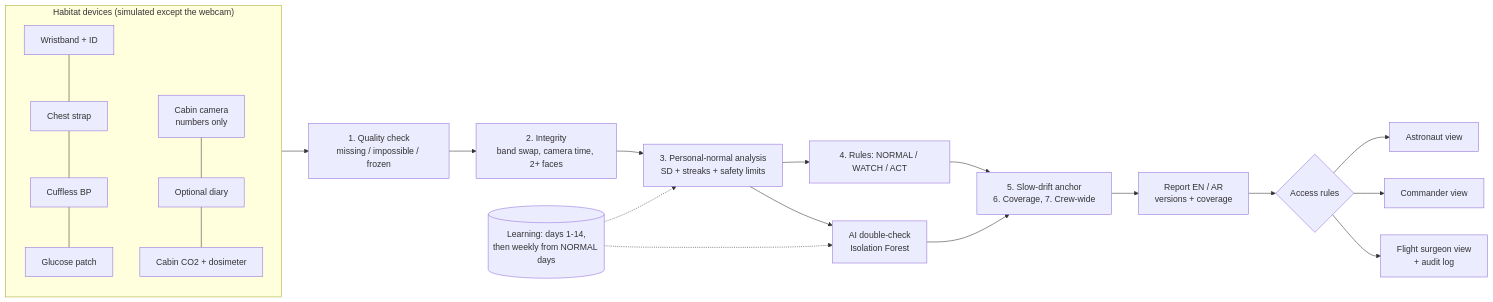
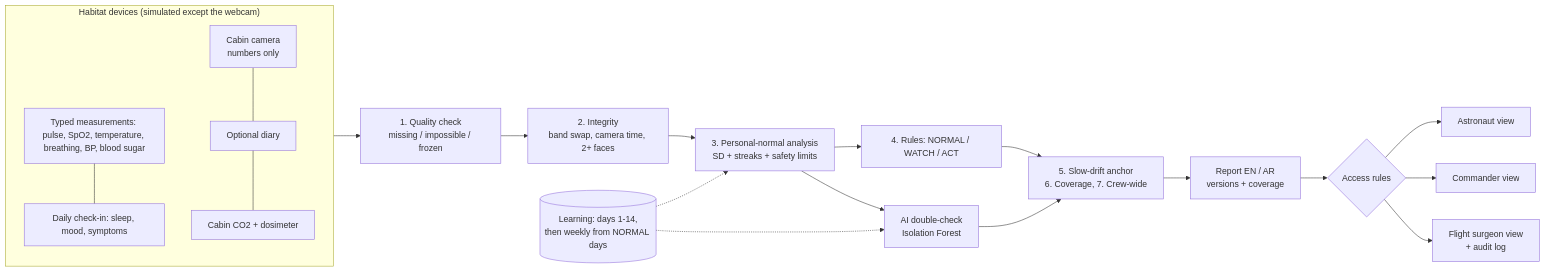
Before and after one commit to elmoataseembellahahmed-wq/smart-habitat-health-monitor: the diagram in docs/ARCHITECTURE.md, drawn with Mermaid. The commit also changed 37 other files, not shown here.

````diff
--- a/docs/ARCHITECTURE.md
+++ b/docs/ARCHITECTURE.md
@@ -3,21 +3,21 @@
 ```mermaid
 flowchart LR
   subgraph Devices["Habitat devices (simulated except the webcam)"]
-    W[Wristband + ID] --- C[Chest strap] --- BP[Cuffless BP] --- G[Glucose patch]
+    W[Typed measurements: pulse, SpO2, temperature, breathing, BP, blood sugar] --- C[Daily check-in: sleep, mood, symptoms]
     CAM[Cabin camera<br/>numbers only] --- V[Optional diary] --- CAB[Cabin CO2 + dosimeter]
   end
   Devices --> Q[1. Quality check<br/>missing / impossible / frozen]
   Q --> I[2. Integrity<br/>band swap, camera time, 2+ faces]
   I --> A[3. Personal-normal analysis<br/>SD + streaks + safety limits]
   A --> F[4. Rules: NORMAL / WATCH / ACT]
   A --> AI[AI double-check<br/>Isolation Forest]
   F --> D[5. Slow-drift anchor<br/>6. Coverage, 7. Crew-wide]
   AI --> D
   D --> R[Report EN / AR<br/>versions + coverage]
   R --> ACC{Access rules}
   ACC --> AST[Astronaut view]
   ACC --> CMD[Commander view]
   ACC --> SUR[Flight surgeon view<br/>+ audit log]
   L[(Learning: days 1-14,<br/>then weekly from NORMAL days)] -.-> A
   L -.-> AI
 ```
````
